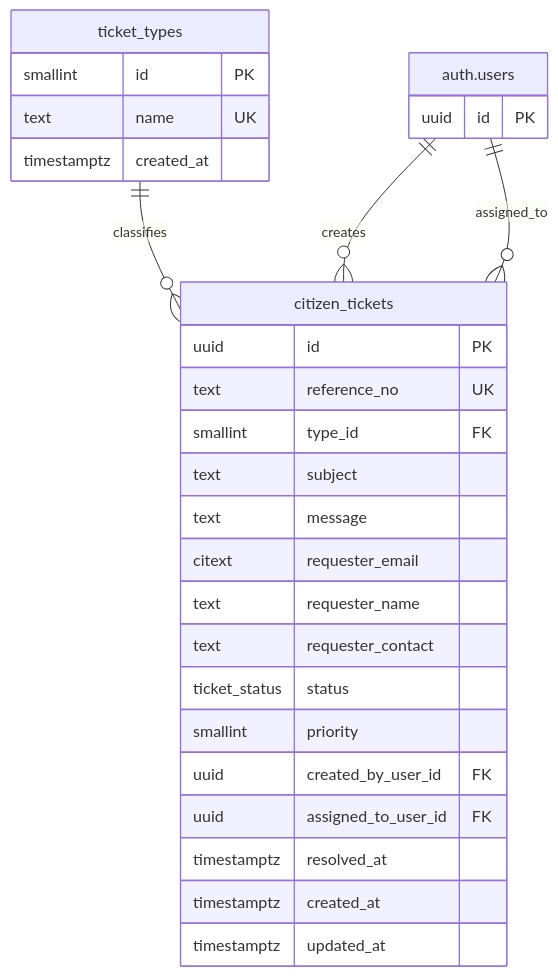
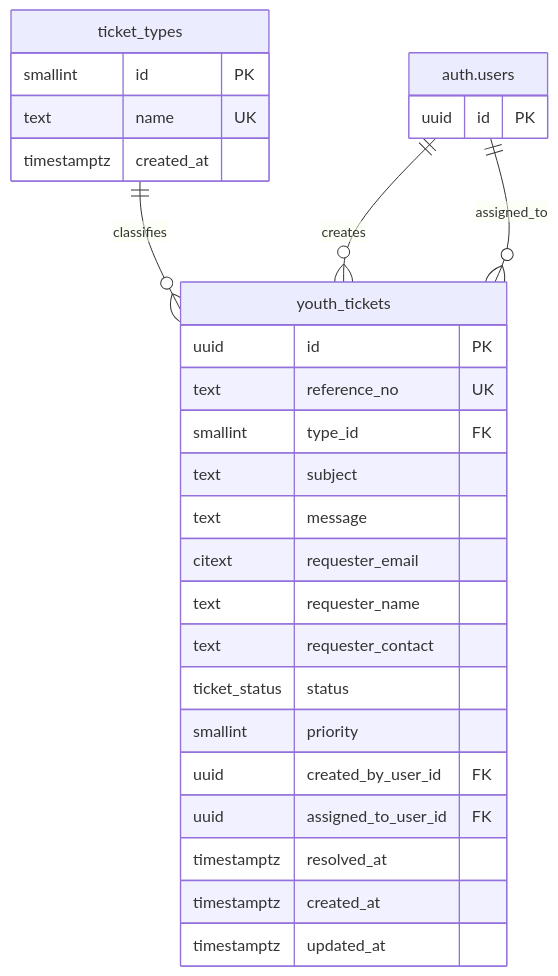
The eighth of 9 diagrams in Methodology/3.2.4-Database-Schema.md (txiaoqt/lydo-connect-org-focused), drawn with Mermaid before and after one commit. The commit also changed other lines of this file and 48 other files, not shown here.

````diff
--- a/Methodology/3.2.4-Database-Schema.md
+++ b/Methodology/3.2.4-Database-Schema.md
@@ -889,35 +889,35 @@
 ```mermaid
 erDiagram
-    ticket_types ||--o{ citizen_tickets : classifies
-    auth.users ||--o{ citizen_tickets : creates
-    auth.users ||--o{ citizen_tickets : assigned_to
+    ticket_types ||--o{ youth_tickets : classifies
+    auth.users ||--o{ youth_tickets : creates
+    auth.users ||--o{ youth_tickets : assigned_to
 
     auth.users {
       uuid id PK
     }
 
     ticket_types {
       smallint id PK
       text name UK
       timestamptz created_at
     }
 
-    citizen_tickets {
+    youth_tickets {
       uuid id PK
       text reference_no UK
       smallint type_id FK
       text subject
       text message
       citext requester_email
       text requester_name
       text requester_contact
       ticket_status status
       smallint priority
       uuid created_by_user_id FK
       uuid assigned_to_user_id FK
       timestamptz resolved_at
       timestamptz created_at
       timestamptz updated_at
     }
 
 ```
````
